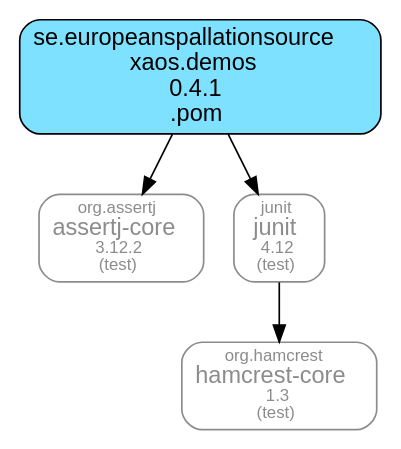
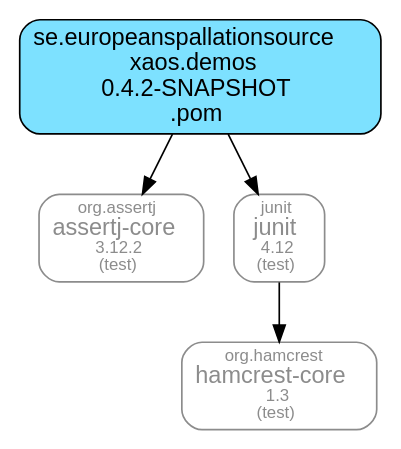
One commit to ESSICS/XAOS changed the diagram in xaos.demos.module/doc/maven-dependencies.dot. Above: the diagram before and after it, drawn with Graphviz. The commit also changed 54 other files, not shown here.

```diff
--- a/xaos.demos.module/doc/maven-dependencies.dot
+++ b/xaos.demos.module/doc/maven-dependencies.dot
@@ -1,15 +1,15 @@
 digraph "xaos.demos" {
   node [shape="box",style="rounded",fontname="Helvetica",fontsize="14"]
   edge [fontsize="10",fontname="Helvetica"]
 
   // Node Definitions:
-  "se.europeanspallationsource:xaos.demos:pom"[shape="box",style="rounded, filled",fillcolor="#7DE1FF",label=<se.europeanspallationsource<br/>xaos.demos<br/>0.4.1<br/>.pom>]
+  "se.europeanspallationsource:xaos.demos:pom"[shape="box",style="rounded, filled",fillcolor="#7DE1FF",label=<se.europeanspallationsource<br/>xaos.demos<br/>0.4.2-SNAPSHOT<br/>.pom>]
   "org.assertj:assertj-core:jar"[shape="box",style="rounded",color="grey55",fontname="Helvetica",fontsize="14",fontcolor="grey55",label=<<font color="grey55" point-size="10">org.assertj</font><br/>assertj-core<font color="grey55" point-size="10"><br/>3.12.2</font><font color="grey55" point-size="10"><br/>(test)</font>>]
   "junit:junit:jar"[shape="box",style="rounded",color="grey55",fontname="Helvetica",fontsize="14",fontcolor="grey55",label=<<font color="grey55" point-size="10">junit</font><br/>junit<font color="grey55" point-size="10"><br/>4.12</font><font color="grey55" point-size="10"><br/>(test)</font>>]
   "org.hamcrest:hamcrest-core:jar"[shape="box",style="rounded",color="grey55",fontname="Helvetica",fontsize="14",fontcolor="grey55",label=<<font color="grey55" point-size="10">org.hamcrest</font><br/>hamcrest-core<font color="grey55" point-size="10"><br/>1.3</font><font color="grey55" point-size="10"><br/>(test)</font>>]
 
   // Edge Definitions:
   "se.europeanspallationsource:xaos.demos:pom" -> "org.assertj:assertj-core:jar"
   "junit:junit:jar" -> "org.hamcrest:hamcrest-core:jar"
   "se.europeanspallationsource:xaos.demos:pom" -> "junit:junit:jar"
 }
```
